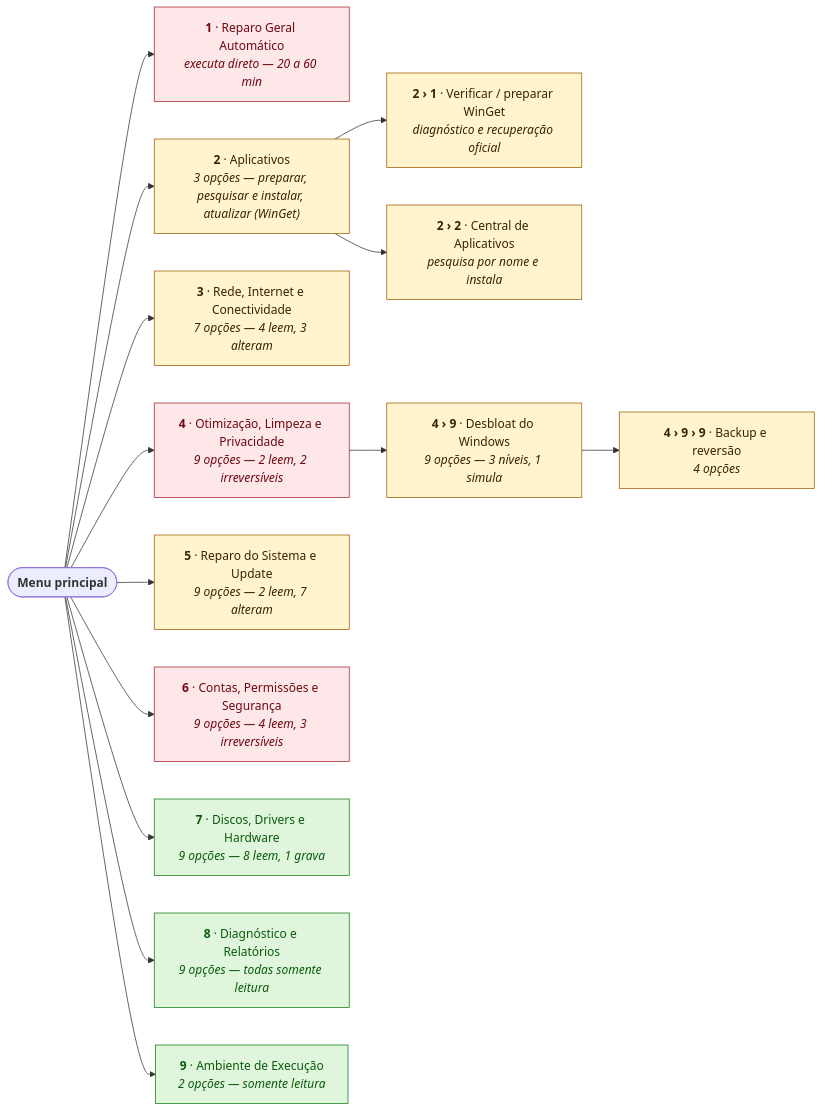
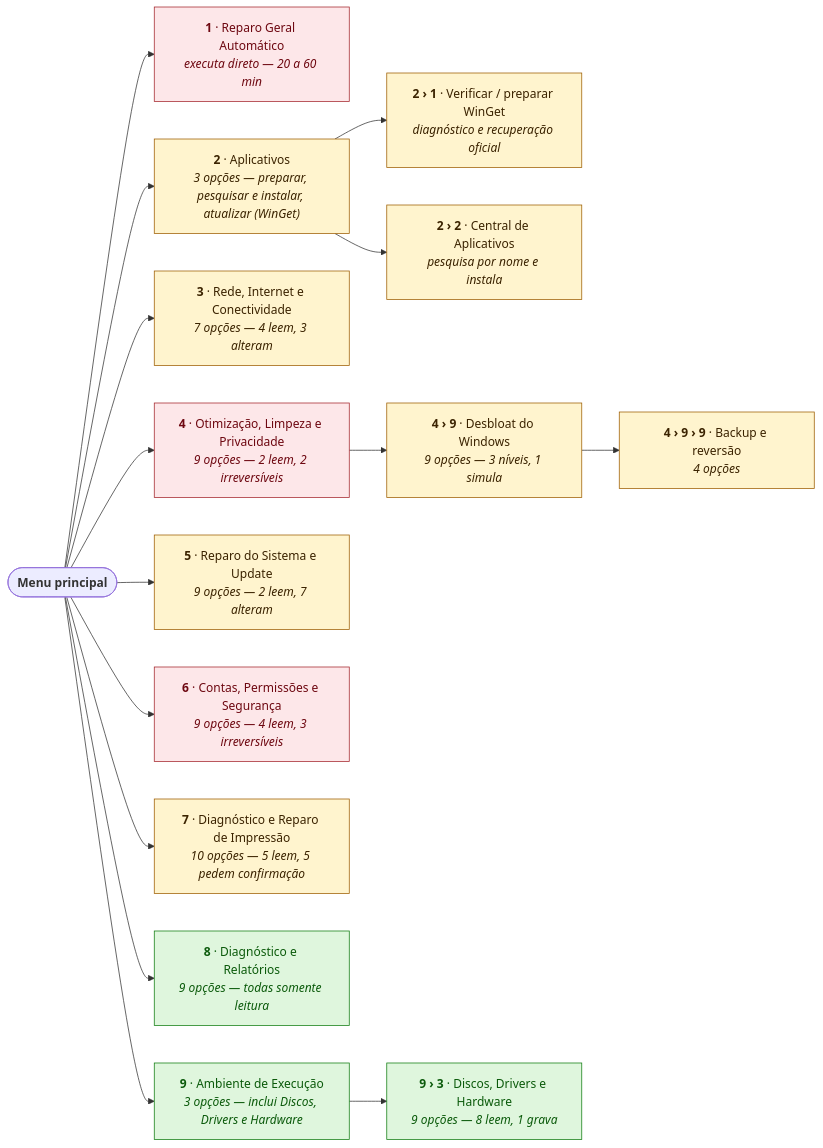
One commit to edsilas/COMPARTDISK changed the second of 3 diagrams in README.md. Above: the diagram before and after it, drawn with Mermaid. The commit also changed other lines of this file and 8 other files, not shown here.

````diff
--- a/README.md
+++ b/README.md
@@ -337,28 +338,30 @@
 ```mermaid
 flowchart LR
     MP(["<b>Menu principal</b>"])
 
     MP --> M1["<b>1</b> · Reparo Geral Automático<br/><i>executa direto — 20 a 60 min</i>"]
     MP --> M2["<b>2</b> · Aplicativos<br/><i>3 opções — preparar, pesquisar e instalar, atualizar (WinGet)</i>"]
     MP --> M3["<b>3</b> · Rede, Internet e Conectividade<br/><i>7 opções — 4 leem, 3 alteram</i>"]
     MP --> M4["<b>4</b> · Otimização, Limpeza e Privacidade<br/><i>9 opções — 2 leem, 2 irreversíveis</i>"]
     MP --> M5["<b>5</b> · Reparo do Sistema e Update<br/><i>9 opções — 2 leem, 7 alteram</i>"]
     MP --> M6["<b>6</b> · Contas, Permissões e Segurança<br/><i>9 opções — 4 leem, 3 irreversíveis</i>"]
-    MP --> M7["<b>7</b> · Discos, Drivers e Hardware<br/><i>9 opções — 8 leem, 1 grava</i>"]
+    MP --> M7["<b>7</b> · Diagnóstico e Reparo de Impressão<br/><i>10 opções — 5 leem, 5 pedem confirmação</i>"]
     MP --> M8["<b>8</b> · Diagnóstico e Relatórios<br/><i>9 opções — todas somente leitura</i>"]
-    MP --> M9["<b>9</b> · Ambiente de Execução<br/><i>2 opções — somente leitura</i>"]
+    MP --> M9["<b>9</b> · Ambiente de Execução<br/><i>3 opções — inclui Discos, Drivers e Hardware</i>"]
 
     M2 --> WG["<b>2 › 1</b> · Verificar / preparar WinGet<br/><i>diagnóstico e recuperação oficial</i>"]
     M2 --> CA["<b>2 › 2</b> · Central de Aplicativos<br/><i>pesquisa por nome e instala</i>"]
 
     M4 --> DB["<b>4 › 9</b> · Desbloat do Windows<br/><i>9 opções — 3 níveis, 1 simula</i>"]
     DB --> BK["<b>4 › 9 › 9</b> · Backup e reversão<br/><i>4 opções</i>"]
 
+    M9 --> HW["<b>9 › 3</b> · Discos, Drivers e Hardware<br/><i>9 opções — 8 leem, 1 grava</i>"]
+
     classDef leitura fill:#DFF6DD,stroke:#107C10,color:#0B5A0B
     classDef altera fill:#FFF4CE,stroke:#9D5D00,color:#3B2300
     classDef critico fill:#FDE7E9,stroke:#A4262C,color:#6E0811
     class M8,M9 leitura
-    class M2,M3,M5,WG,CA,DB,BK altera
+    class M2,M3,M5,M7,WG,CA,DB,BK altera
     class M1,M4,M6 critico
-    class M7 leitura
+    class HW leitura
 ```
````
